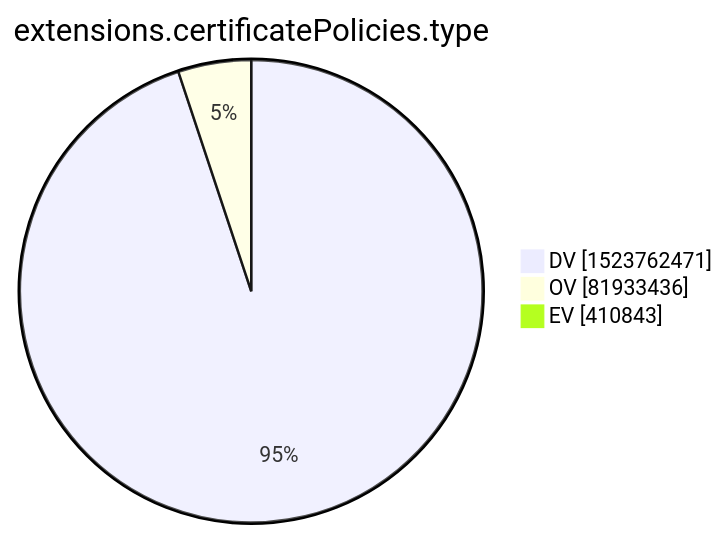
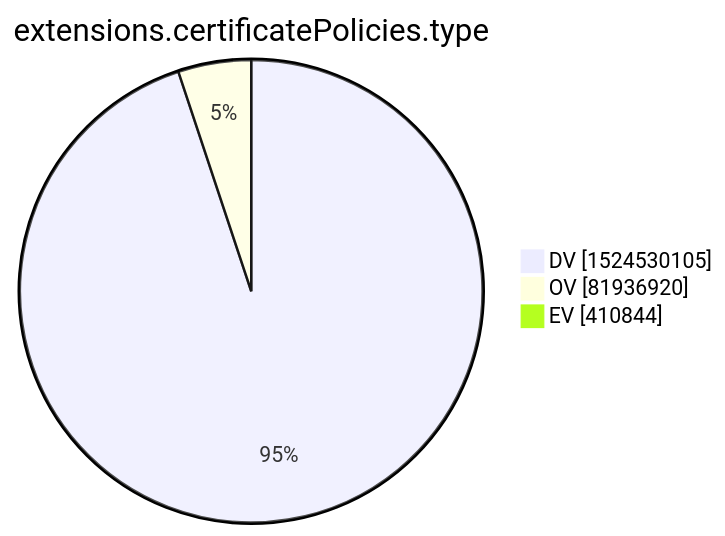
One commit to christiankrug/ctmonitor_visualization changed the tenth of 15 diagrams in xenon2022/README.md. Above: the diagram before and after it, drawn with Mermaid. The commit also changed other lines of this file, not shown here.

````diff
--- a/xenon2022/README.md
+++ b/xenon2022/README.md
@@ -2875,7 +2875,7 @@
 ```mermaid
 pie showData
 title extensions.certificatePolicies.type
-"DV" :1523762471
-"OV" :81933436
-"EV" :410843
+"DV" :1524530105
+"OV" :81936920
+"EV" :410844
 ```
````
